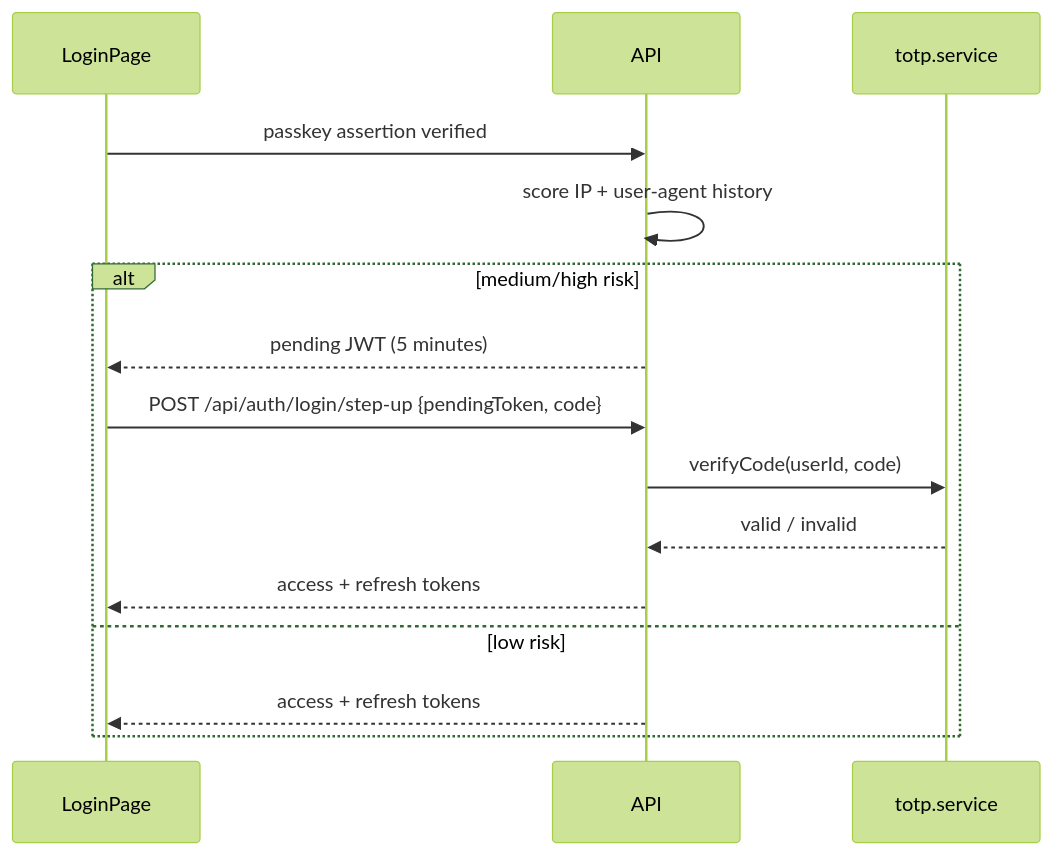
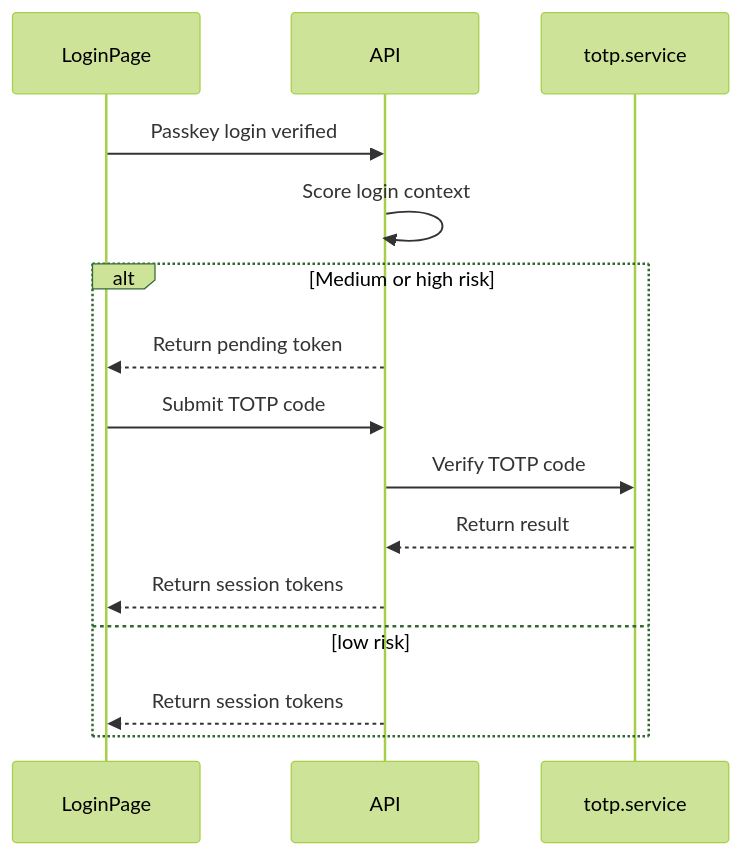
The sixth of 8 diagrams in README.md (Kushh-Santhosh/TRUSTLINE), drawn with Mermaid (forest theme) before and after one commit. The commit also changed other lines of this file, not shown here.

Commit message:
docs: fix GitHub Mermaid rendering

````diff
--- a/README.md
+++ b/README.md
@@ -376,17 +376,17 @@
 ```mermaid
 sequenceDiagram
   participant B as LoginPage
   participant A as API
   participant T as totp.service
-  B->>A: passkey assertion verified
-  A->>A: score IP + user-agent history
-  alt medium/high risk
-    A-->>B: pending JWT (5 minutes)
-    B->>A: POST /api/auth/login/step-up {pendingToken, code}
-    A->>T: verifyCode(userId, code)
-    T-->>A: valid / invalid
-    A-->>B: access + refresh tokens
+  B->>A: Passkey login verified
+  A->>A: Score login context
+  alt Medium or high risk
+    A-->>B: Return pending token
+    B->>A: Submit TOTP code
+    A->>T: Verify TOTP code
+    T-->>A: Return result
+    A-->>B: Return session tokens
   else low risk
-    A-->>B: access + refresh tokens
+    A-->>B: Return session tokens
   end
 ```
````
